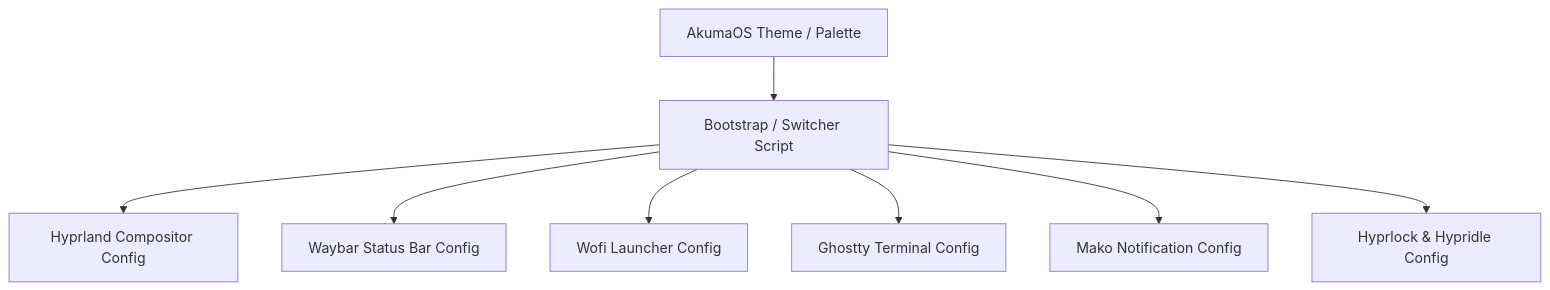
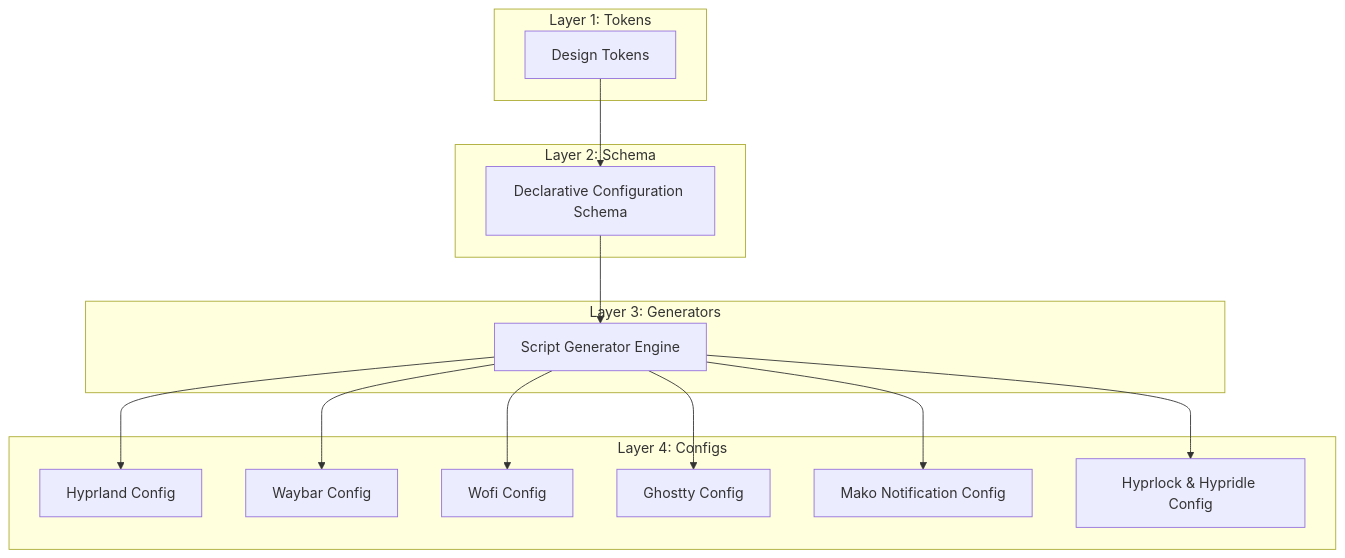
The first of 3 diagrams in docs/architecture.md (clxzwe/akumaos), drawn with Mermaid before and after one commit. The commit also changed other lines of this file and 6 other files, not shown here.

Commit message:
docs: define configuration schema

````diff
--- a/docs/architecture.md
+++ b/docs/architecture.md
@@ -45,10 +51,32 @@
 ```mermaid
 flowchart TD
-    A[AkumaOS Theme / Palette] --> B[Bootstrap / Switcher Script]
-    B --> C[Hyprland Compositor Config]
-    B --> D[Waybar Status Bar Config]
-    B --> E[Wofi Launcher Config]
-    B --> F[Ghostty Terminal Config]
-    B --> G[Mako Notification Config]
-    B --> H[Hyprlock & Hypridle Config]
+    subgraph Layer 1: Tokens
+        TOK[Design Tokens]
+    end
+
+    subgraph Layer 2: Schema
+        SCH[Declarative Configuration Schema]
+    end
+
+    subgraph Layer 3: Generators
+        GEN[Script Generator Engine]
+    end
+
+    subgraph Layer 4: Configs
+        HYPR[Hyprland Config]
+        WAY[Waybar Config]
+        WOFI[Wofi Config]
+        GHOST[Ghostty Config]
+        MAKO[Mako Notification Config]
+        LOCK[Hyprlock & Hypridle Config]
+    end
+
+    TOK --> SCH
+    SCH --> GEN
+    GEN --> HYPR
+    GEN --> WAY
+    GEN --> WOFI
+    GEN --> GHOST
+    GEN --> MAKO
+    GEN --> LOCK
 ```
````
